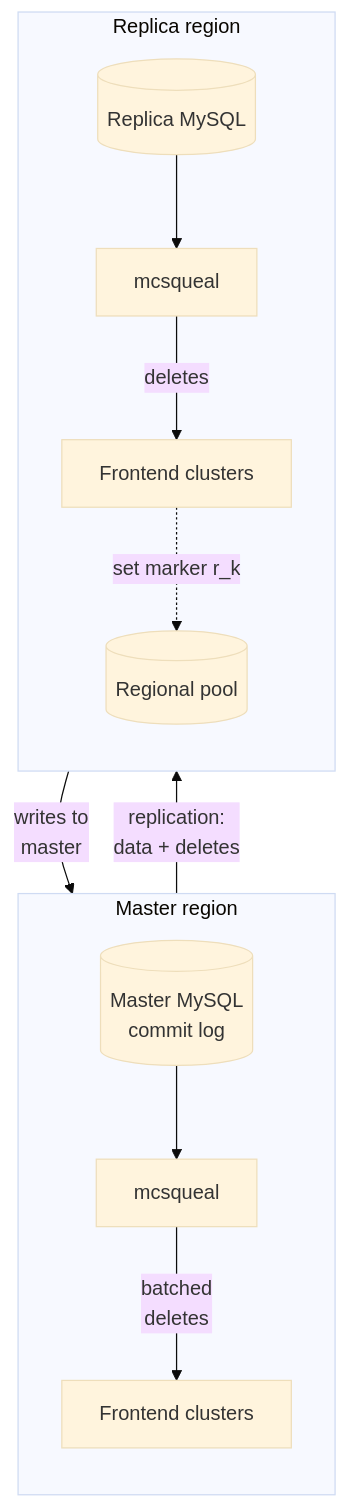
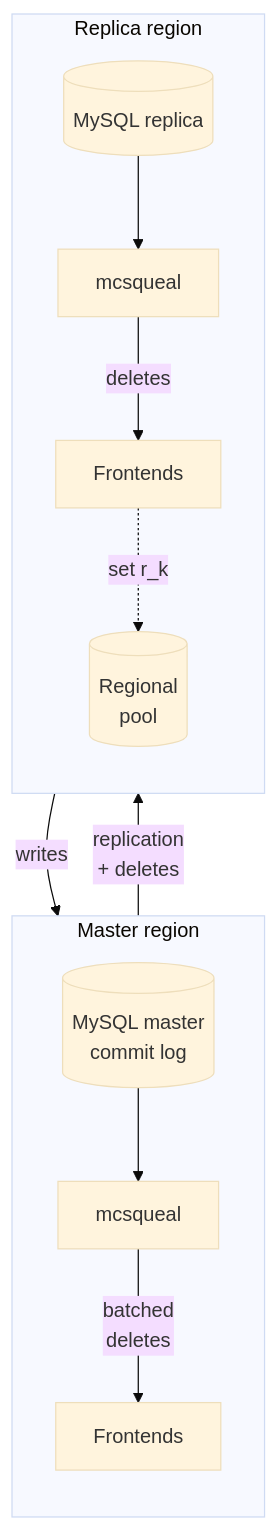
Before and after one commit to mimi146/blog: the third of 3 diagrams in src/content/blog/scaling-memcache-at-facebook.md, drawn with Mermaid (base theme). The commit also changed other lines of this file, not shown here.

Commit message:
Address review: Fig 3 phone labels, pubDate, stale-read wording, paper sections

````diff
--- a/src/content/blog/scaling-memcache-at-facebook.md
+++ b/src/content/blog/scaling-memcache-at-facebook.md
@@ -94,19 +94,19 @@
 ```mermaid
 flowchart TB
     accTitle: Master and replica regions with commit-log invalidation
     accDescr: The master region, shown on top, has a MySQL commit log that feeds mcsqueal, which sends batched deletes to its frontend clusters. MySQL replication carries changes and deletes down to the replica region, whose own mcsqueal invalidates its frontend clusters. Writes from the replica region go to the master after setting a remote marker in a regional pool.
     subgraph Master["Master region"]
         direction TB
-        MDB[("Master MySQL<br/>commit log")] --> MQ["mcsqueal"]
-        MQ -->|"batched<br/>deletes"| F1["Frontend clusters"]
+        MDB[("MySQL master<br/>commit log")] --> MQ["mcsqueal"]
+        MQ -->|"batched<br/>deletes"| F1["Frontends"]
     end
     subgraph Replica["Replica region"]
         direction TB
-        RDB[("Replica MySQL")] --> RQ["mcsqueal"]
-        RQ -->|"deletes"| F3["Frontend clusters"]
-        F3 -.->|"set marker r_k"| RP[("Regional pool")]
+        RDB[("MySQL replica")] --> RQ["mcsqueal"]
+        RQ -->|"deletes"| F3["Frontends"]
+        F3 -.->|"set r_k"| RP[("Regional<br/>pool")]
     end
-    MDB -->|"replication:<br/>data + deletes"| RDB
-    F3 -->|"writes to<br/>master"| MDB
+    MDB -->|"replication<br/>+ deletes"| RDB
+    F3 -->|"writes"| MDB
     F1 ~~~ RDB
 ```
````
